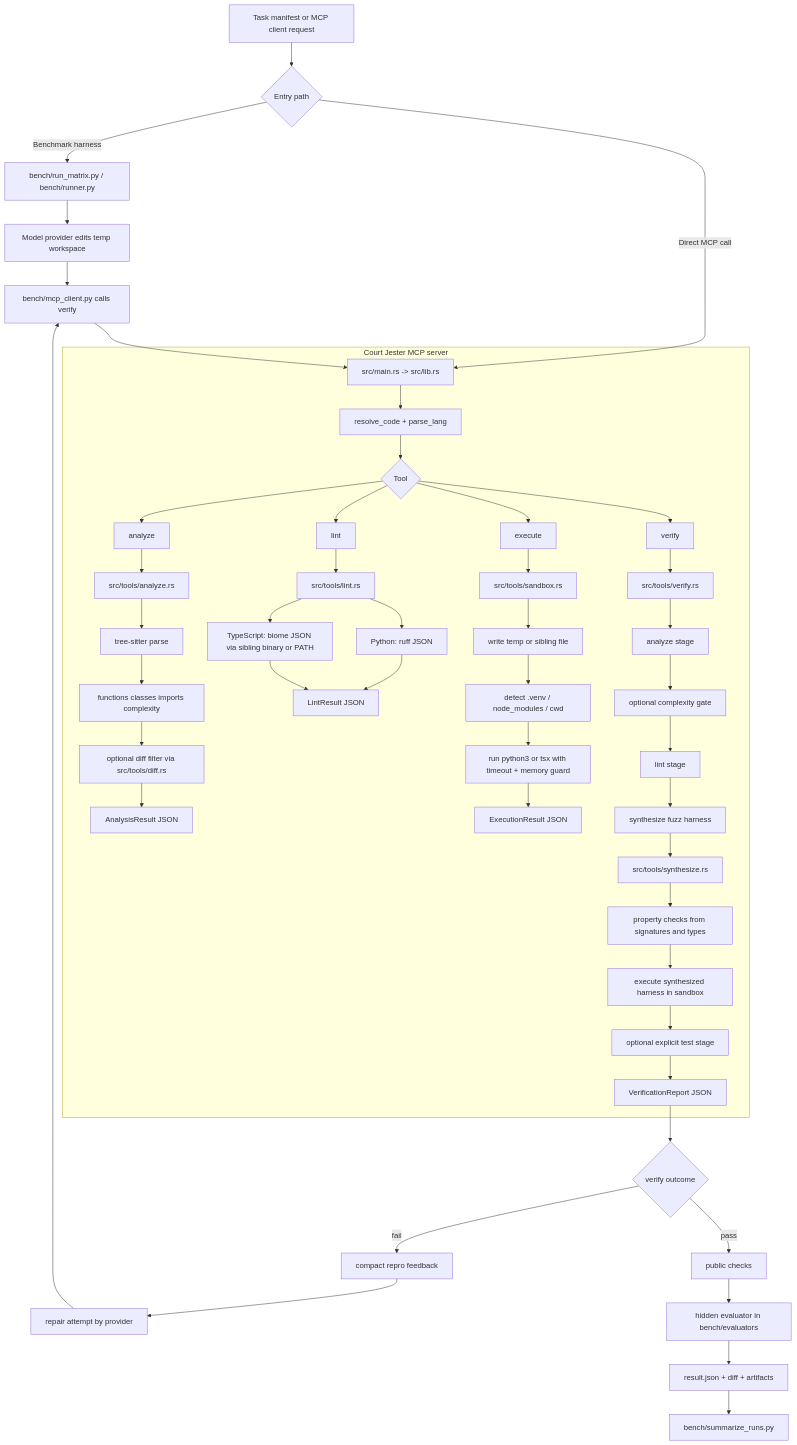
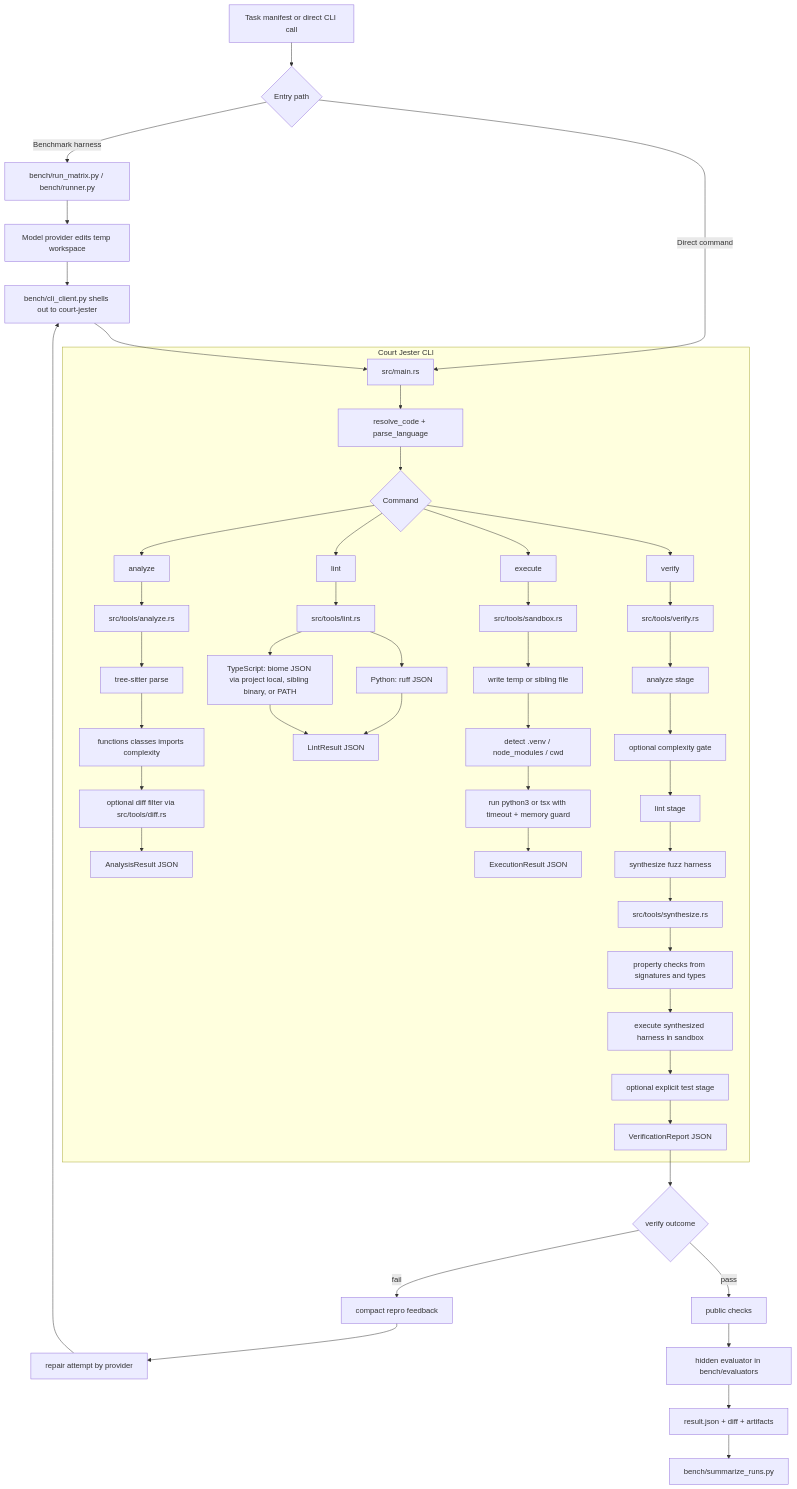
Before and after one commit to slee1996/court-jester-mcp: the diagram in docs/tool-flow-diagram.md, drawn with Mermaid. The commit also changed other lines of this file and 35 other files, not shown here.

````diff
--- a/docs/tool-flow-diagram.md
+++ b/docs/tool-flow-diagram.md
@@ -5,60 +5,60 @@
 ```mermaid
 flowchart TD
-    A[Task manifest or MCP client request] --> B{Entry path}
+    A[Task manifest or direct CLI call] --> B{Entry path}
 
     B -->|Benchmark harness| C[bench/run_matrix.py / bench/runner.py]
-    B -->|Direct MCP call| D[src/main.rs -> src/lib.rs]
+    B -->|Direct command| D[src/main.rs]
 
     C --> E[Model provider edits temp workspace]
-    E --> F[bench/mcp_client.py calls verify]
+    E --> F[bench/cli_client.py shells out to court-jester]
     F --> D
 
-    subgraph S1[Court Jester MCP server]
-        D --> G[resolve_code + parse_lang]
-        G --> H{Tool}
+    subgraph S1[Court Jester CLI]
+        D --> G[resolve_code + parse_language]
+        G --> H{Command}
 
         H --> I[analyze]
         H --> J[lint]
         H --> K[execute]
         H --> L[verify]
 
         I --> I1[src/tools/analyze.rs]
         I1 --> I2[tree-sitter parse]
         I2 --> I3[functions classes imports complexity]
         I3 --> I4[optional diff filter via src/tools/diff.rs]
         I4 --> I5[AnalysisResult JSON]
 
         J --> J1[src/tools/lint.rs]
         J1 --> J2[Python: ruff JSON]
-        J1 --> J3[TypeScript: biome JSON via sibling binary or PATH]
+        J1 --> J3[TypeScript: biome JSON via project local, sibling binary, or PATH]
         J2 --> J4[LintResult JSON]
         J3 --> J4
 
         K --> K1[src/tools/sandbox.rs]
         K1 --> K2[write temp or sibling file]
         K2 --> K3[detect .venv / node_modules / cwd]
         K3 --> K4[run python3 or tsx with timeout + memory guard]
         K4 --> K5[ExecutionResult JSON]
 
         L --> L1[src/tools/verify.rs]
         L1 --> L2[analyze stage]
         L2 --> L3[optional complexity gate]
         L3 --> L4[lint stage]
         L4 --> L5[synthesize fuzz harness]
         L5 --> L6[src/tools/synthesize.rs]
         L6 --> L7[property checks from signatures and types]
         L7 --> L8[execute synthesized harness in sandbox]
         L8 --> L9[optional explicit test stage]
         L9 --> L10[VerificationReport JSON]
     end
 
     L10 --> M{verify outcome}
     M -->|pass| N[public checks]
     M -->|fail| O[compact repro feedback]
     O --> P[repair attempt by provider]
     P --> F
 
     N --> Q[hidden evaluator in bench/evaluators]
     Q --> R[result.json + diff + artifacts]
     R --> T[bench/summarize_runs.py]
 ```
````
